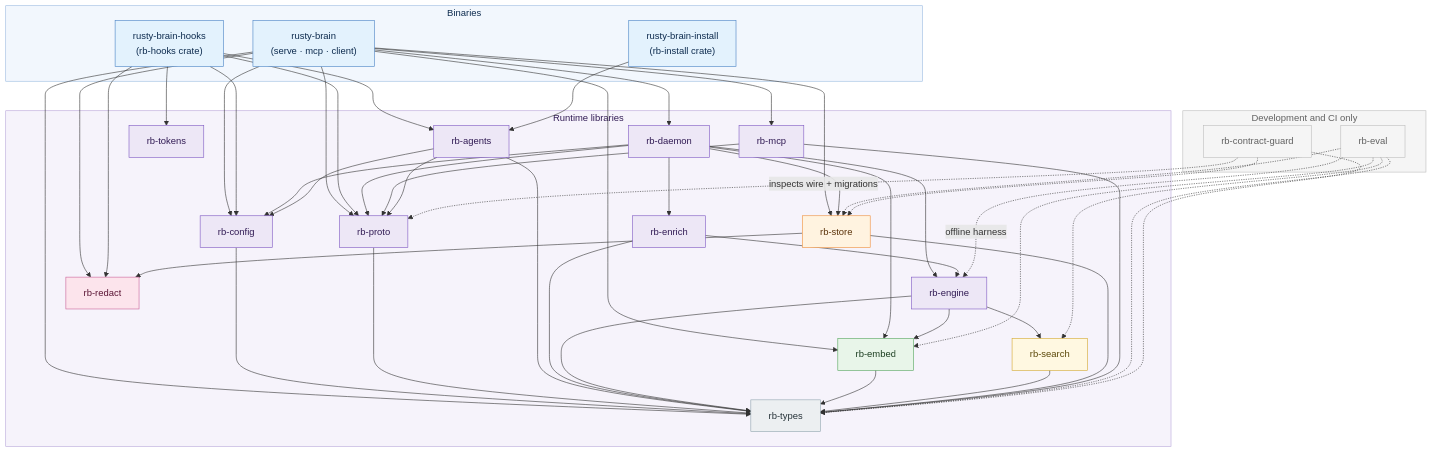
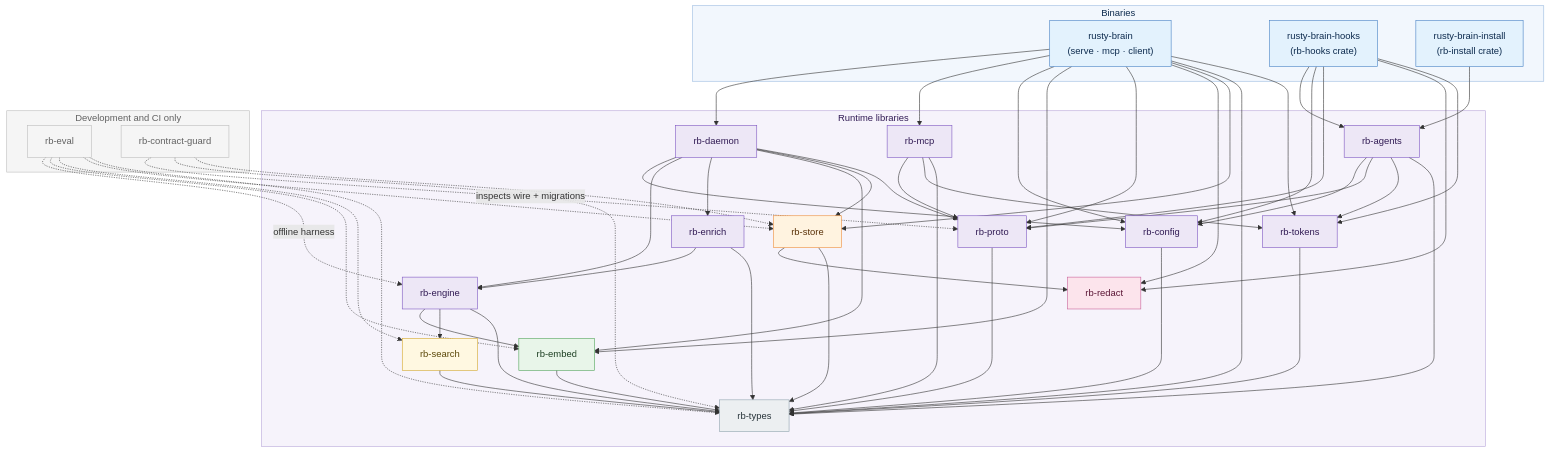
Before and after one commit to brianluby/rusty-brain: the first of 5 diagrams in docs/ARCHITECTURE.md, drawn with Mermaid. The commit also changed other lines of this file and 62 other files, not shown here.

```diff
--- a/docs/ARCHITECTURE.md
+++ b/docs/ARCHITECTURE.md
@@ -67,6 +67,7 @@
   RB --> rbredact
   RB --> rbstore
   RB --> rbtypes
+  RB --> rbtokens
   HOOKS --> rbagents
   HOOKS --> rbconfig
   HOOKS --> rbproto
@@ -81,8 +82,10 @@
   rbdaemon --> rbstore
   rbdaemon --> rbproto
   rbmcp --> rbproto
+  rbmcp --> rbtokens
   rbagents --> rbconfig
   rbagents --> rbproto
+  rbagents --> rbtokens
   rbenrich --> rbengine
   rbengine --> rbembed
   rbengine --> rbsearch
@@ -97,6 +100,7 @@
   rbsearch --> rbtypes
   rbstore --> rbtypes
   rbmcp --> rbtypes
+  rbtokens --> rbtypes
 
   subgraph dev["Development and CI only"]
     EVAL["rb-eval"]
```
